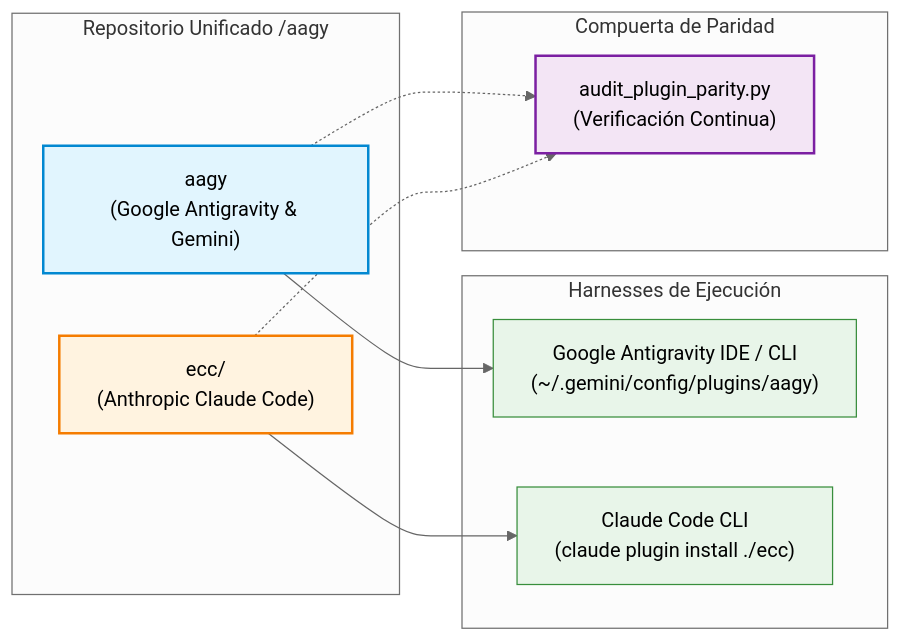
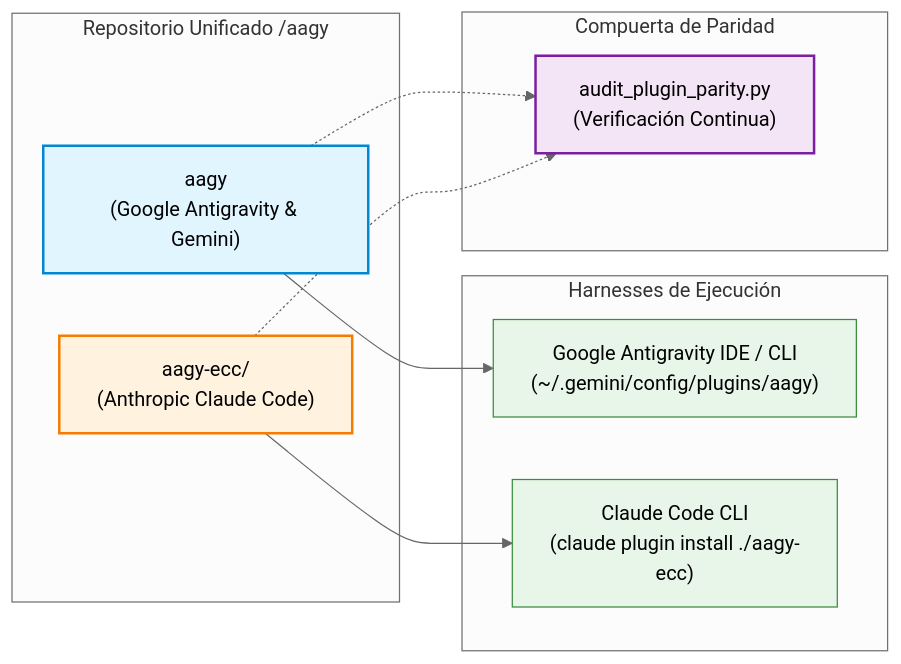
Before and after one commit to ACB75/aagy: the diagram in doc/01-architecture/MANUAL_aagy_ecc_parity_and_migration.md, drawn with Mermaid (neutral theme). The commit also changed other lines of this file and 398 other files, not shown here.

First line of the commit message:
[refactor]-[aagy,scripts,doc]: limpieza de raiz consolidacion de scripts compactacion de reglas y paridad aagy-ecc (#38)

````diff
--- a/doc/01-architecture/MANUAL_aagy_ecc_parity_and_migration.md
+++ b/doc/01-architecture/MANUAL_aagy_ecc_parity_and_migration.md
@@ -19,31 +19,31 @@
 ```mermaid
 flowchart LR
     subgraph Repo["Repositorio Unificado /aagy"]
         AAGY["aagy<br/>(Google Antigravity & Gemini)"]
-        ECC["ecc/<br/>(Anthropic Claude Code)"]
+        ECC["aagy-ecc/<br/>(Anthropic Claude Code)"]
     end
 
     subgraph Harnesses["Harnesses de Ejecución"]
         AGY_Harness["Google Antigravity IDE / CLI<br/>(~/.gemini/config/plugins/aagy)"]
-        Claude_Harness["Claude Code CLI<br/>(claude plugin install ./ecc)"]
+        Claude_Harness["Claude Code CLI<br/>(claude plugin install ./aagy-ecc)"]
     end
 
     subgraph Parity["Compuerta de Paridad"]
         Linter["audit_plugin_parity.py<br/>(Verificación Continua)"]
     end
 
     AAGY --> AGY_Harness
     ECC --> Claude_Harness
     AAGY -.-> Linter
     ECC -.-> Linter
 
     classDef core fill:#e1f5fe,stroke:#0288d1,stroke-width:2px;
     classDef ecc fill:#fff3e0,stroke:#f57c00,stroke-width:2px;
     classDef harness fill:#e8f5e9,stroke:#388e3c,stroke-width:1px;
     classDef tool fill:#f3e5f5,stroke:#7b1fa2,stroke-width:2px;
 
     class AAGY core;
     class ECC ecc;
     class AGY_Harness,Claude_Harness harness;
     class Linter tool;
 ```
````
